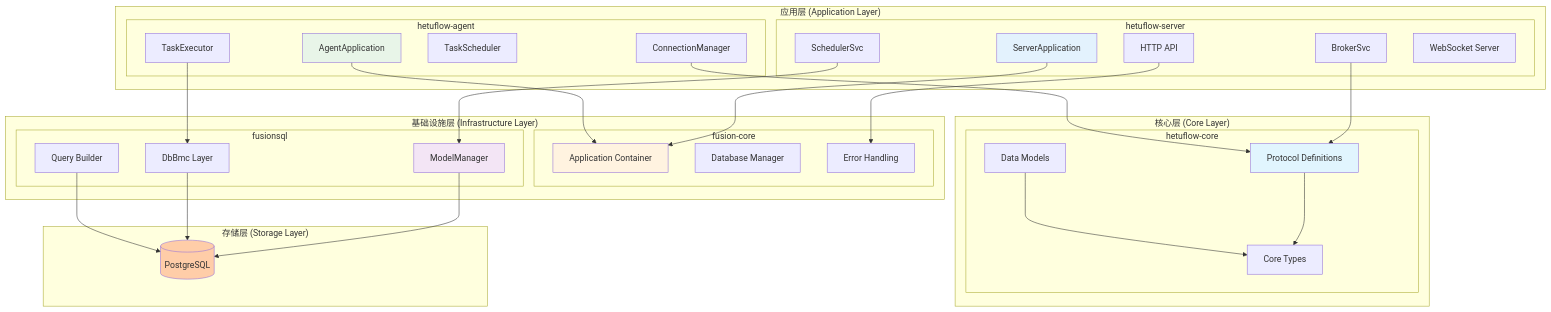
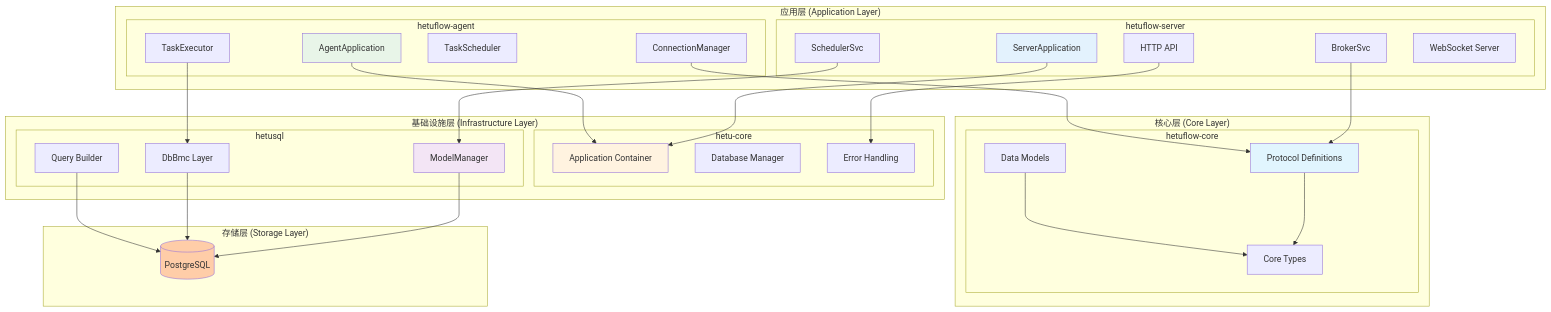
Before and after one commit to fusion-data/fusion-data: the first of 9 diagrams in hetuflow/hetuflow-docs/src/hetuflow/architecture.md, drawn with Mermaid. The commit also changed other lines of this file and 728 other files, not shown here.

````diff
--- a/hetuflow/hetuflow-docs/src/hetuflow/architecture.md
+++ b/hetuflow/hetuflow-docs/src/hetuflow/architecture.md
@@ -77,69 +77,69 @@
 ```mermaid
 graph TB
     subgraph "应用层 (Application Layer)"
         subgraph "hetuflow-server"
             S_APP[ServerApplication]
             S_SCHED[SchedulerSvc]
             S_BROKER[BrokerSvc]
             S_API[HTTP API]
             S_WS[WebSocket Server]
         end
 
         subgraph "hetuflow-agent"
             A_APP[AgentApplication]
             A_EXEC[TaskExecutor]
             A_SCHED[TaskScheduler]
             A_CONN[ConnectionManager]
         end
     end
 
     subgraph "基础设施层 (Infrastructure Layer)"
-        subgraph "fusion-core"
+        subgraph "hetu-core"
             FC_APP[Application Container]
             FC_DB[Database Manager]
             FC_ERROR[Error Handling]
         end
 
-        subgraph "fusionsql"
+        subgraph "hetusql"
             MS_MM[ModelManager]
             MS_BMC[DbBmc Layer]
             MS_QUERY[Query Builder]
         end
     end
 
     subgraph "核心层 (Core Layer)"
         subgraph "hetuflow-core"
             HC_PROTO[Protocol Definitions]
             HC_MODELS[Data Models]
             HC_TYPES[Core Types]
         end
     end
 
     subgraph "存储层 (Storage Layer)"
         PG[(PostgreSQL)]
     end
 
     %% Dependencies
     S_APP --> FC_APP
     S_SCHED --> MS_MM
     S_BROKER --> HC_PROTO
     S_API --> FC_ERROR
 
     A_APP --> FC_APP
     A_EXEC --> MS_BMC
     A_CONN --> HC_PROTO
 
     MS_MM --> PG
     MS_BMC --> PG
     MS_QUERY --> PG
 
     HC_PROTO --> HC_TYPES
     HC_MODELS --> HC_TYPES
 
     style S_APP fill:#e3f2fd
     style A_APP fill:#e8f5e8
     style FC_APP fill:#fff3e0
     style MS_MM fill:#f3e5f5
     style HC_PROTO fill:#e1f5fe
     style PG fill:#ffcda8
 ```
````
